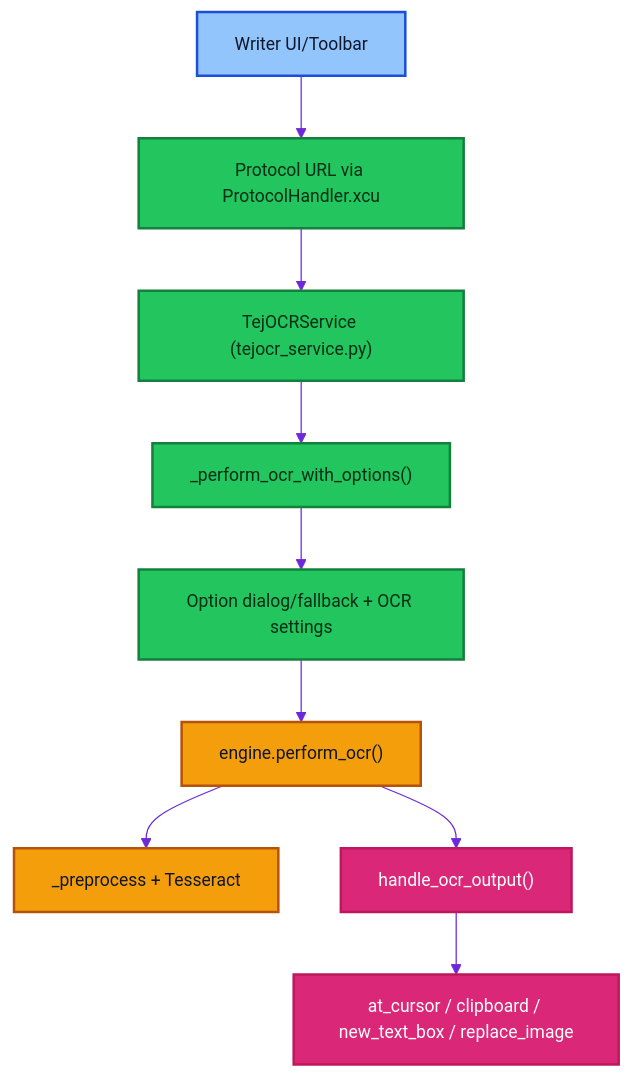
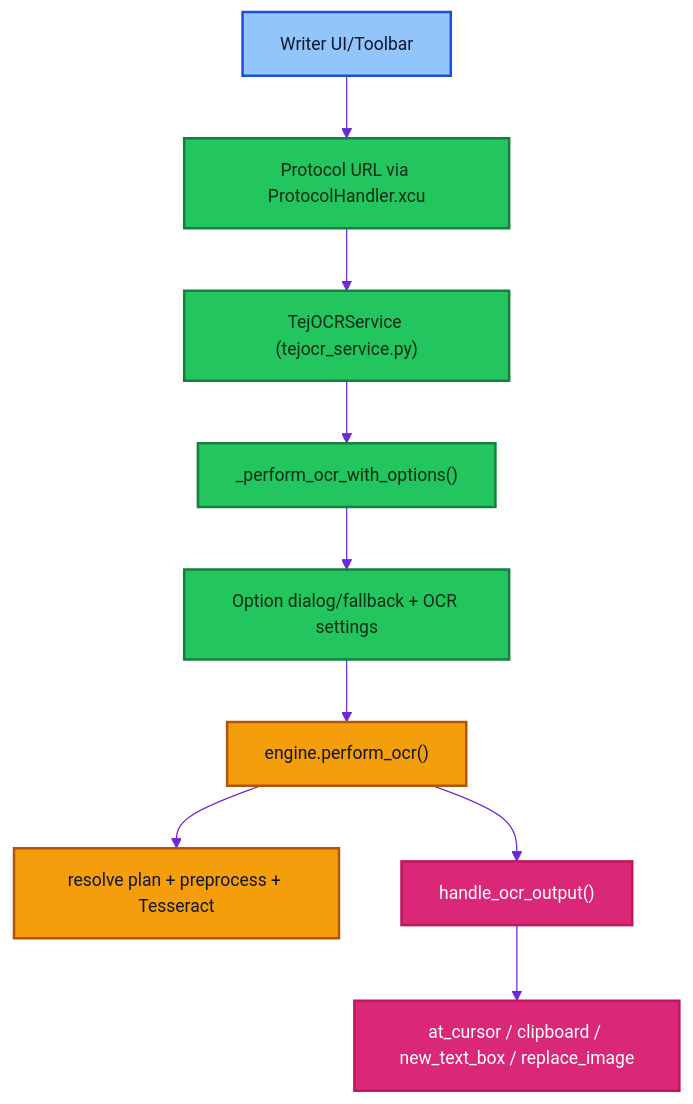
Before and after one commit to varshneydevansh/TejOCR: the first of 2 diagrams in README.md, drawn with Mermaid. The commit also changed other lines of this file and 47 other files, not shown here.

````diff
--- a/README.md
+++ b/README.md
@@ -66,25 +82,25 @@
 ```mermaid
 %%{init: {"theme":"base","themeVariables":{"lineColor":"#6d28d9","fontSize":"14px","fontFamily":"Inter, Segoe UI, Arial","nodeTextColor":"#111827","textColor":"#111827","lineWidth":"2","signalColor":"#0f766e"}}}%%
 flowchart TD
   A["Writer UI/Toolbar"] --> B["Protocol URL via ProtocolHandler.xcu"]
   B --> C["TejOCRService (tejocr_service.py)"]
   C --> D["_perform_ocr_with_options()"]
   D --> E["Option dialog/fallback + OCR settings"]
   E --> F["engine.perform_ocr()"]
-  F --> G["_preprocess + Tesseract"]
+  F --> G["resolve plan + preprocess + Tesseract"]
   F --> H["handle_ocr_output()"]
   H --> I["at_cursor / clipboard / new_text_box / replace_image"]
   classDef ui fill:#93c5fd,color:#0f172a,stroke:#1d4ed8,stroke-width:2px;
   classDef service fill:#22c55e,color:#052e16,stroke:#15803d,stroke-width:2px;
   classDef engine fill:#f59e0b,color:#0f172a,stroke:#b45309,stroke-width:2px;
   classDef output fill:#db2777,color:#ffffff,stroke:#be185d,stroke-width:2px;
   class A ui;
   class B service;
   class C service;
   class D service;
   class E service;
   class F engine;
   class G engine;
   class H output;
   class I output;
 ```
````
